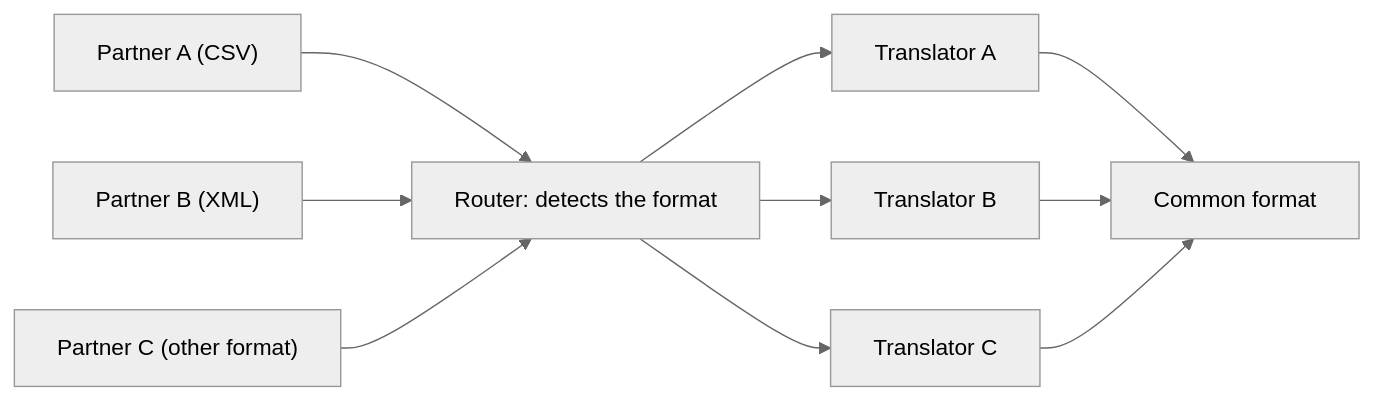
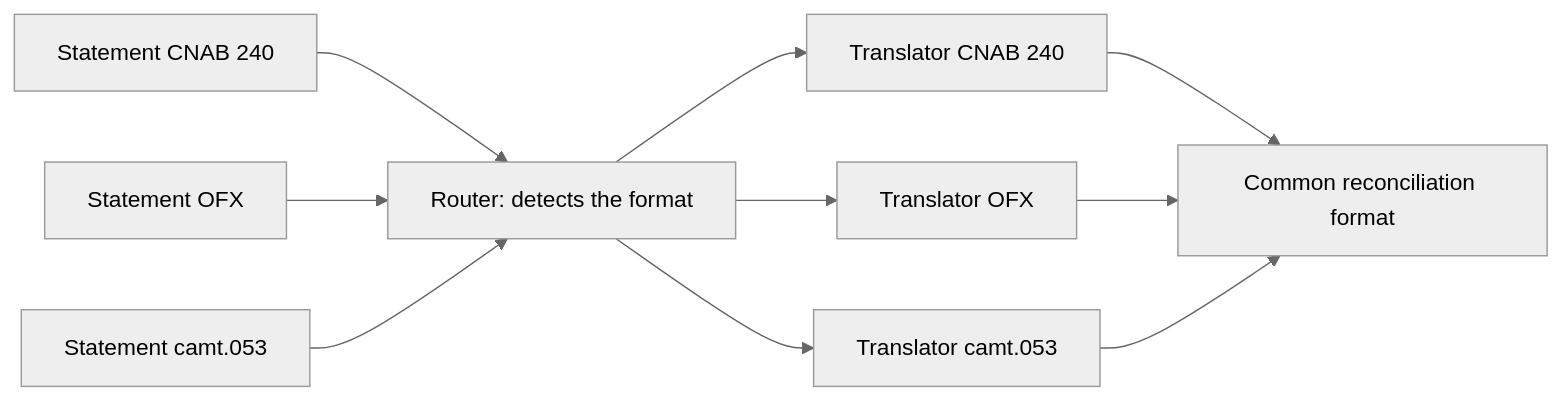
Before and after one commit to alancesar/design-patterns: the diagram in i18n/en/docusaurus-plugin-content-docs/current/architecture/eip/message-transformation/normalizer.md, drawn with Mermaid (neutral theme). The commit also changed other lines of this file and 11 other files, not shown here.

Commit message:
Switch eip concrete diagrams to fintech scenarios

````diff
--- a/i18n/en/docusaurus-plugin-content-docs/current/architecture/eip/message-transformation/normalizer.md
+++ b/i18n/en/docusaurus-plugin-content-docs/current/architecture/eip/message-transformation/normalizer.md
@@ -54,12 +54,12 @@
 ```mermaid
 flowchart LR
-    A["Partner A (CSV)"] --> R["Router: detects the format"]
-    B["Partner B (XML)"] --> R
-    C["Partner C (other format)"] --> R
-    R --> T1["Translator A"]
-    R --> T2["Translator B"]
-    R --> T3["Translator C"]
-    T1 --> N["Common format"]
+    A["Statement CNAB 240"] --> R["Router: detects the format"]
+    B["Statement OFX"] --> R
+    C["Statement camt.053"] --> R
+    R --> T1["Translator CNAB 240"]
+    R --> T2["Translator OFX"]
+    R --> T3["Translator camt.053"]
+    T1 --> N["Common reconciliation format"]
     T2 --> N
     T3 --> N
 ```
````
